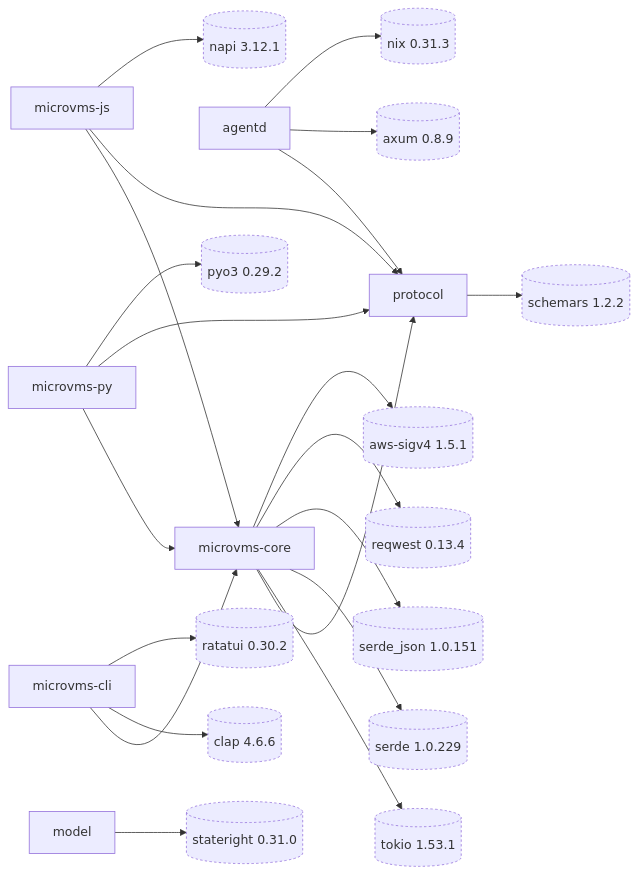
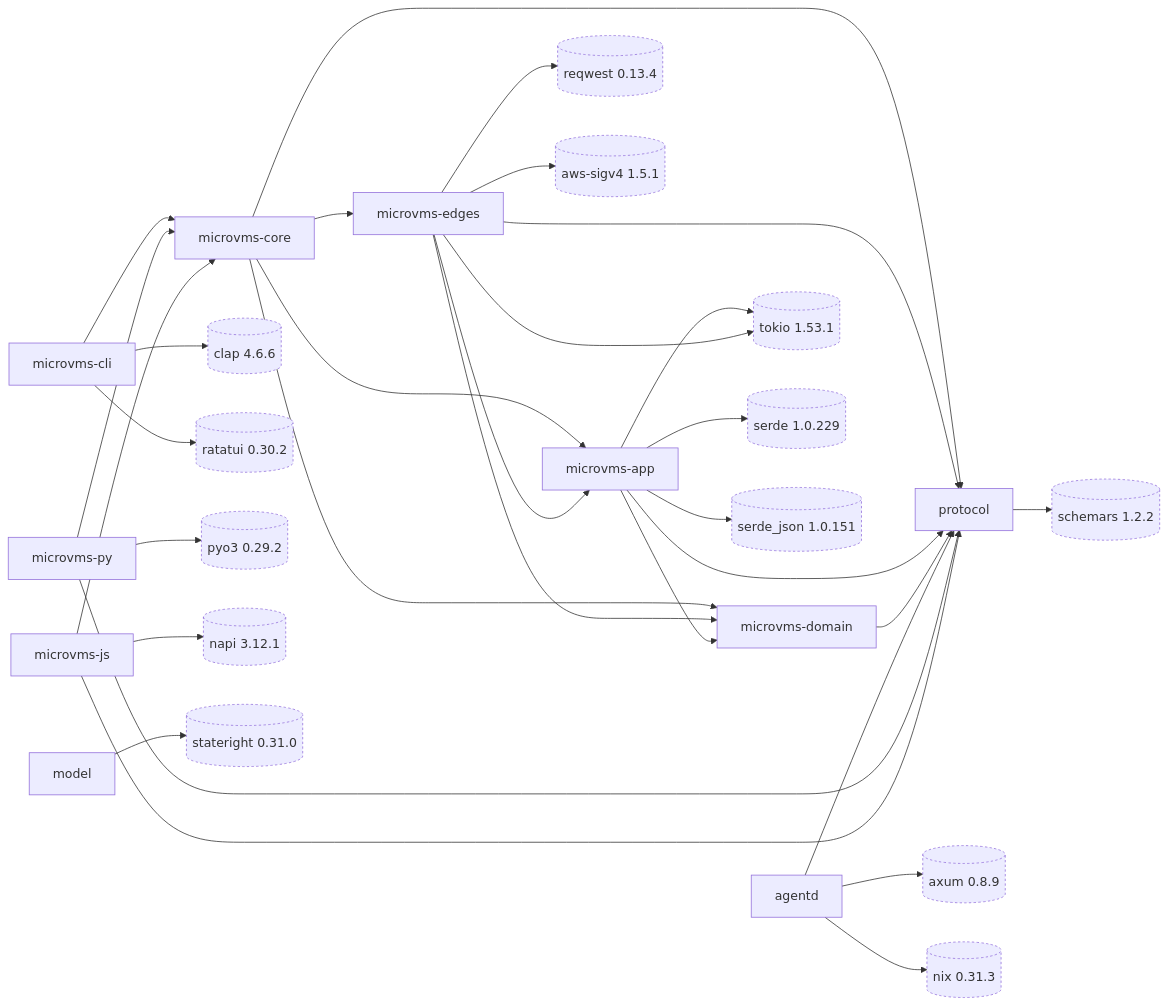
The diagram in docs/diagrams/structural/dependency-graph.md (laithalsaadoon/microvms-agentd), drawn with Mermaid before and after one commit. The commit also changed other lines of this file and 188 other files, not shown here.

````diff
--- a/docs/diagrams/structural/dependency-graph.md
+++ b/docs/diagrams/structural/dependency-graph.md
@@ -10,48 +10,61 @@
 ```mermaid
 flowchart LR
     cli[microvms-cli]
     core[microvms-core]
+    app[microvms-app]
+    edges[microvms-edges]
+    domain[microvms-domain]
     protocol[protocol]
     agentd[agentd]
     py[microvms-py]
     js[microvms-js]
     model[model]
 
     tokio[(tokio 1.53.1)]:::external
     serde[(serde 1.0.229)]:::external
     serdejson[(serde_json 1.0.151)]:::external
     schemars[(schemars 1.2.2)]:::external
     axum[(axum 0.8.9)]:::external
     nix[(nix 0.31.3)]:::external
     reqwest[(reqwest 0.13.4)]:::external
     sigv4[(aws-sigv4 1.5.1)]:::external
     clap[(clap 4.6.6)]:::external
     ratatui[(ratatui 0.30.2)]:::external
     pyo3[(pyo3 0.29.2)]:::external
     napi[(napi 3.12.1)]:::external
     stateright[(stateright 0.31.0)]:::external
 
     cli --> core
+    core --> app
+    core --> edges
+    core --> domain
     core --> protocol
+    edges --> app
+    edges --> domain
+    edges --> protocol
+    app --> domain
+    app --> protocol
+    domain --> protocol
     agentd --> protocol
     py --> core
     py --> protocol
     js --> core
     js --> protocol
 
-    core --> tokio
-    core --> serde
-    core --> serdejson
-    core --> reqwest
-    core --> sigv4
+    app --> tokio
+    app --> serde
+    app --> serdejson
+    edges --> tokio
+    edges --> reqwest
+    edges --> sigv4
     protocol --> schemars
     agentd --> axum
     agentd --> nix
     cli --> clap
     cli --> ratatui
     py --> pyo3
     js --> napi
     model --> stateright
 
     classDef external stroke-dasharray: 3 3
 ```
````
